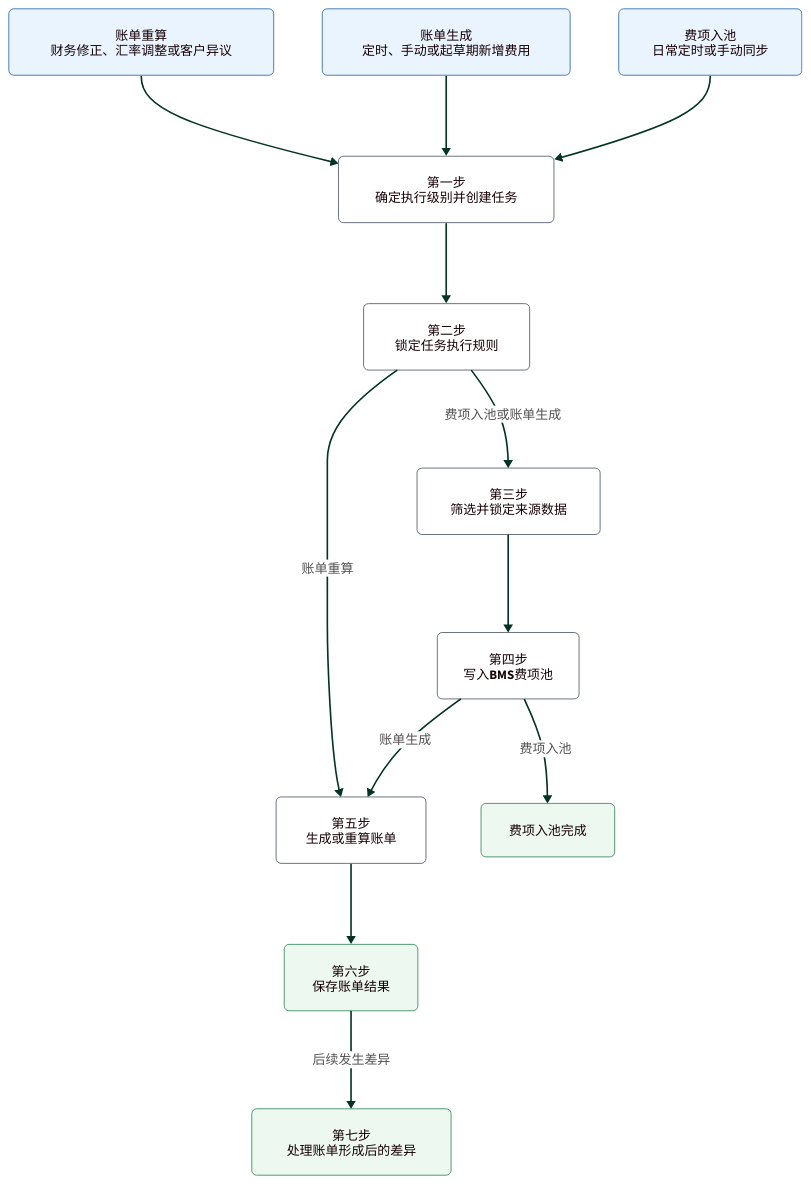
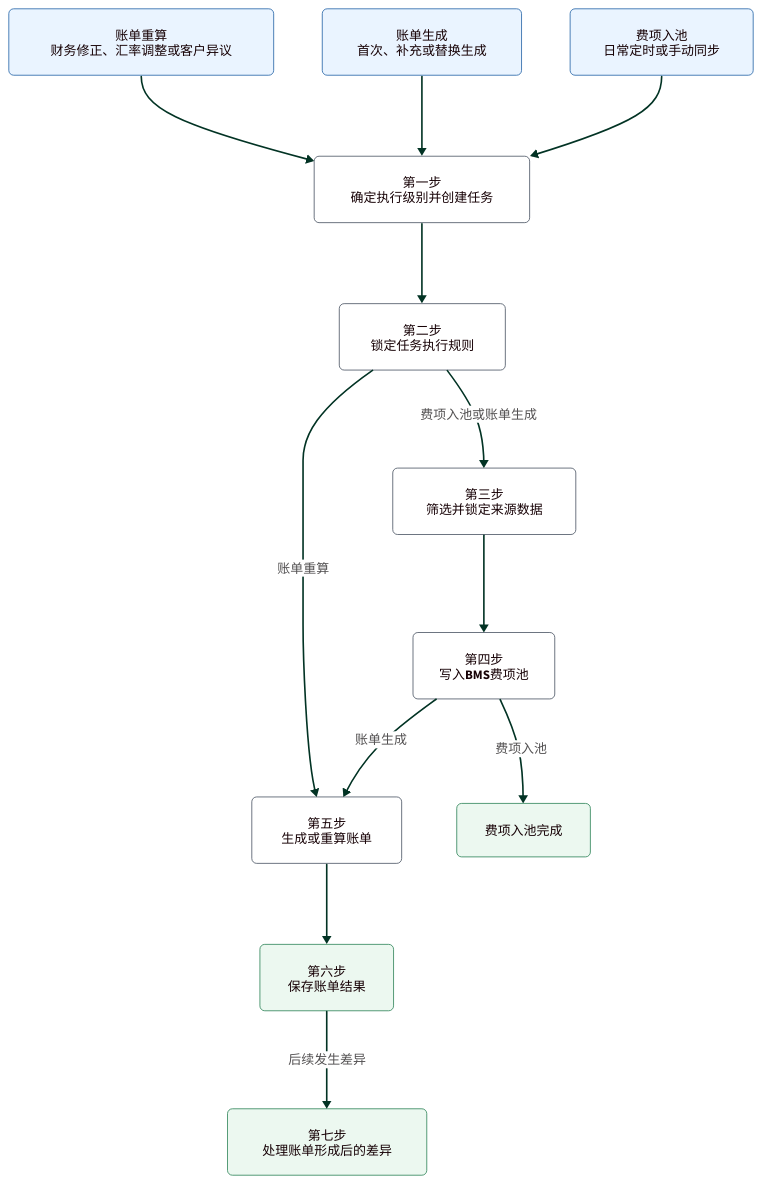
The fourth of 19 diagrams in product-caliber/bms/prd/账单系统.PRD.md (jack888332/projects-doc), drawn with D2 before and after one commit. The commit also changed other lines of this file, not shown here.

````diff
--- a/product-caliber/bms/prd/账单系统.PRD.md
+++ b/product-caliber/bms/prd/账单系统.PRD.md
@@ -864,61 +866,61 @@
 ```d2
 vars: {
   d2-config: {
     layout-engine: elk
     theme-id: 104
   }
   d2-elk-config: {
     "elk.direction": "RIGHT"
     "elk.layered.spacing.nodeNodeBetweenLayers": 24
   }
 }
 
 classes: {
   step: {
     style.fill: "#FFFFFF"
     style.stroke: "#4B5563"
     style.stroke-width: 1
     style.border-radius: 6
     style.font-size: 16
   }
   entry: {
     style.fill: "#EAF4FF"
     style.stroke: "#2563A6"
     style.stroke-width: 1
     style.border-radius: 6
     style.font-size: 16
   }
   result: {
     style.fill: "#ECF8F0"
     style.stroke: "#2F855A"
     style.stroke-width: 1
     style.border-radius: 6
     style.font-size: 16
   }
 }
 
 pool: "费项入池\n日常定时或手动同步" { class: entry }
-generate: "账单生成\n定时、手动或起草期新增费用" { class: entry }
+generate: "账单生成\n首次、补充或替换生成" { class: entry }
 recalculate: "账单重算\n财务修正、汇率调整或客户异议" { class: entry }
 
 step1: "第一步\n确定执行级别并创建任务" { class: step }
 step2: "第二步\n锁定任务执行规则" { class: step }
 step3: "第三步\n筛选并锁定来源数据" { class: step }
 step4: "第四步\n写入BMS费项池" { class: step }
 step5: "第五步\n生成或重算账单" { class: step }
 poolDone: "费项入池完成" { class: result }
 step6: "第六步\n保存账单结果" { class: result }
 step7: "第七步\n处理账单形成后的差异" { class: result }
 
 pool -> step1
 generate -> step1
 recalculate -> step1
 step1 -> step2
 step2 -> step3: "费项入池或账单生成"
 step3 -> step4
 step4 -> step5: "账单生成"
 step4 -> poolDone: "费项入池"
 step2 -> step5: "账单重算"
 step5 -> step6
 step6 -> step7: "后续发生差异"
 ```
````
